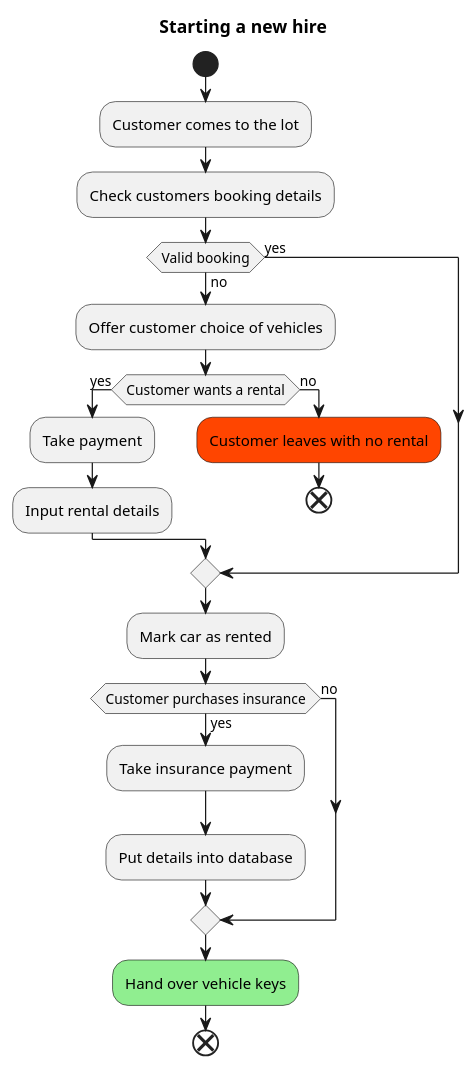
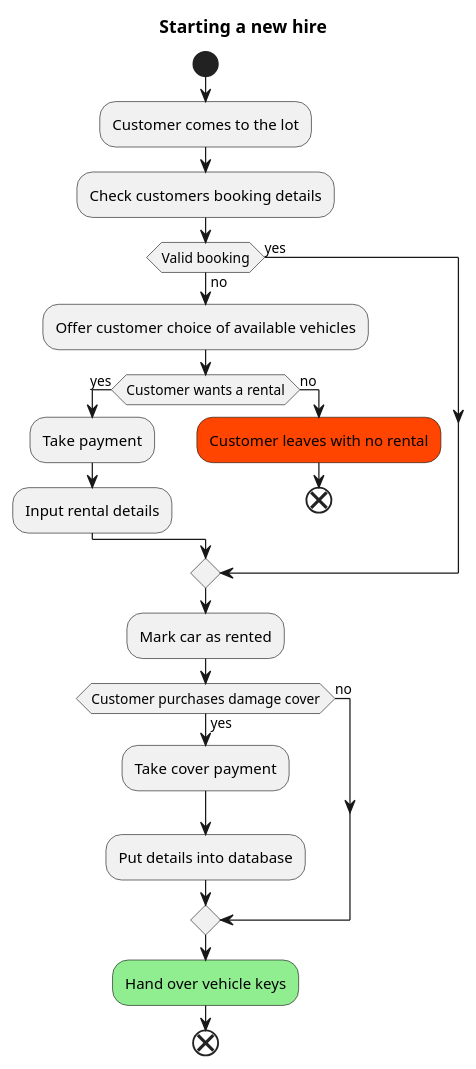
One commit to OMBowkerBBC/DC4600-Assignment1 changed the diagram in diagrams/activity/Activity4.puml. Above: the diagram before and after it, drawn with PlantUML. The commit also changed 9 other files, not shown here.

Commit message:
tidy up and final diagrams

```diff
--- a/diagrams/activity/Activity4.puml
+++ b/diagrams/activity/Activity4.puml
@@ -1,29 +1,29 @@
 @startuml
 title Starting a new hire
 
 start
   :Customer comes to the lot;
   :Check customers booking details;
   if (Valid booking) then (yes)
   else (no)
-    :Offer customer choice of vehicles;
+    :Offer customer choice of available vehicles;
     if (Customer wants a rental) then (yes)
       :Take payment;
       :Input rental details;
     else (no)
       #OrangeRed:Customer leaves with no rental;
       end
     endif
   endif
 
   :Mark car as rented;
 
-  if (Customer purchases insurance) then (yes)
-    :Take insurance payment;
+  if (Customer purchases damage cover) then (yes)
+    :Take cover payment;
     :Put details into database;
   else (no)
   endif
 
   #LightGreen:Hand over vehicle keys;
 end
 @enduml
```
